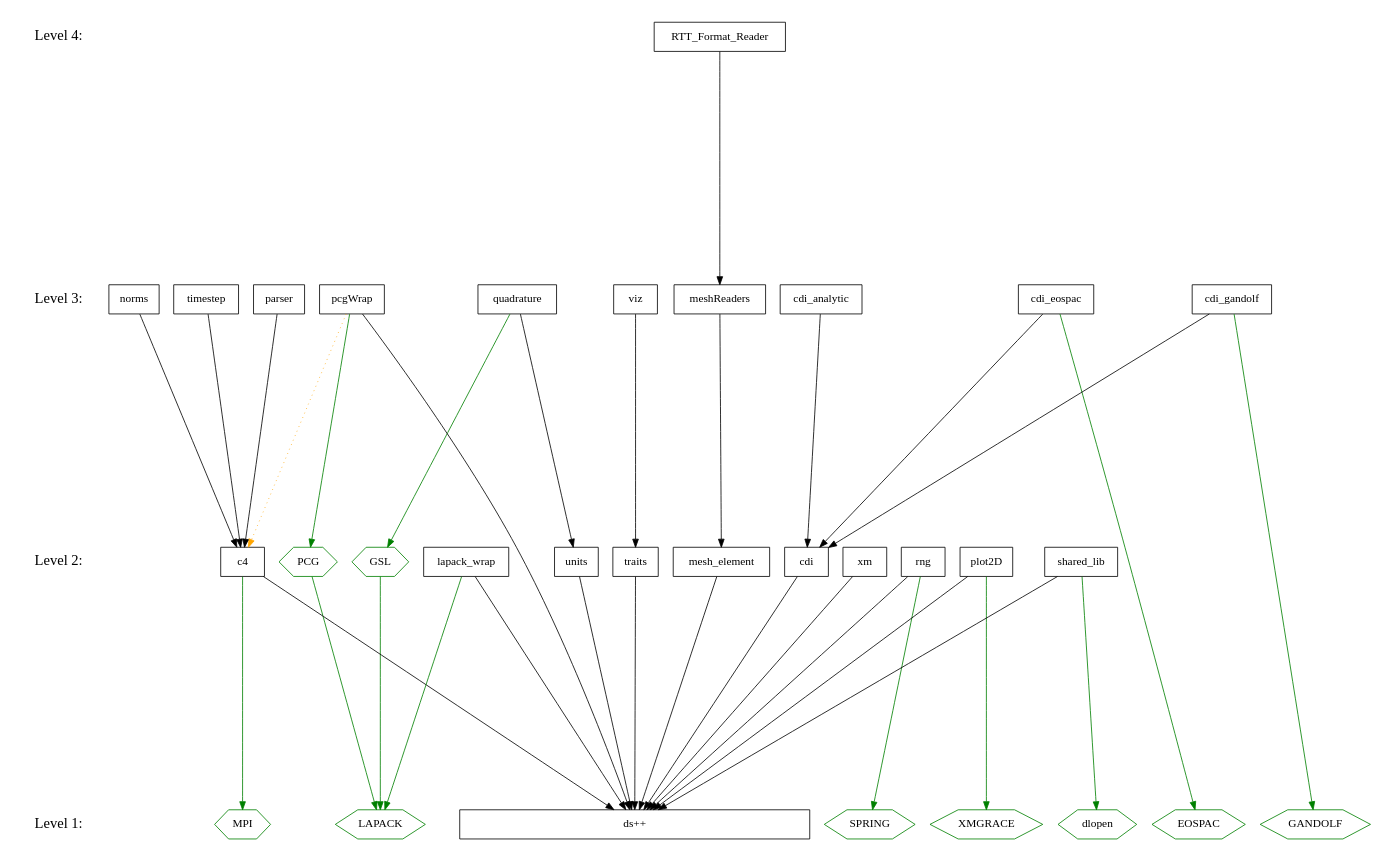
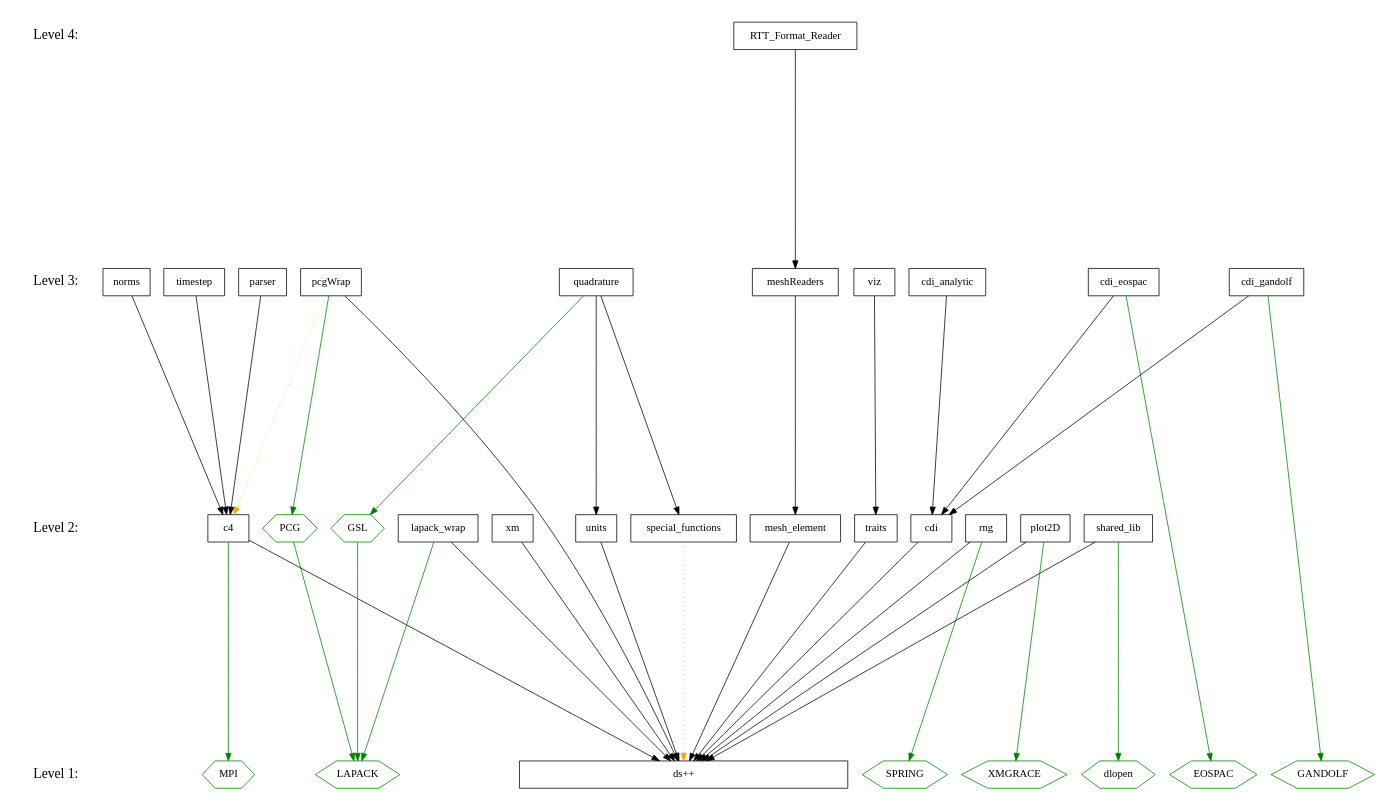
The diagram in doc/design/level.dot (losalamos/Draco), drawn with Graphviz before and after one commit. The commit also changed 21 other files, not shown here.

Commit message:
o Extracting a couple of general math functions from the quadrature   package and putting them into the new Draco package   "special_functions."

```diff
--- a/doc/design/level.dot
+++ b/doc/design/level.dot
@@ -1,119 +1,121 @@
 digraph draco_level {
     /* graph attributes */
     center=1;
     size="7.5,10";
     ranksep=4;
     
     /* levels */
     level1 [shape=plaintext, label="Level 1:", fontsize=18];
     level2 [shape=plaintext, label="Level 2:", fontsize=18];
     level3 [shape=plaintext, label="Level 3:", fontsize=18];
     level4 [shape=plaintext, label="Level 4:", fontsize=18];
 /*     level5 [shape=plaintext, label="Level 5:", fontsize=18]; */
 /*    level6 [shape=plaintext, label="Level 6:", fontsize=18]; */
     
     /* level6 -> level5 -> */
     level4 -> level3 -> level2 -> level1 [style=invis];
     
     /* packages */
 
     /* level 1 */
 /*    stdheaders [shape=box,     color=brown, label="stdheaders\n(Only when
       C++ compiler does not\nfully support C++ standard header files.)"]; */
     vmpi       [shape=hexagon, color=green, label="MPI"];
     vlapack    [shape=hexagon, color=green, label="LAPACK"];
     vgandolf   [shape=hexagon, color=green, label="GANDOLF"];
     veospac    [shape=hexagon, color=green, label="EOSPAC"];
     vgrace     [shape=hexagon, color=green, label="XMGRACE"];
     vspring    [shape=hexagon, color=green, label="SPRING"];
     vdlopen    [shape=hexagon, color=green, label="dlopen"];
         
     dsxx [shape=box, label="ds++", width=6];
     
     /* level 2 */
     vgsl       [shape=hexagon, color=green, label="GSL"];
     vpcg       [shape=hexagon, color=green, label="PCG"];
 
     traits [shape=box, label="traits"];
     xm     [shape=box, label="xm"];
     c4     [shape=box, label="c4"];
     rng    [shape=box, label="rng"];
     units  [shape=box, label="units"];
     cdi    [shape=box, label="cdi"];
     meshelement [shape=box, label="mesh_element"];
     plot   [shape=box, label="plot2D"];
     lapack [shape=box, label="lapack_wrap"];
     shlib  [shape=box, label="shared_lib"];
-    
+    sf     [shape=box, label="special_functions"];
+        
     /* level 3 */
     quad   [shape=box, label="quadrature"];
     viz      [shape=box, label="viz"];
     timestep [shape=box, label="timestep"];
     cdianal  [shape=box, label="cdi_analytic"];
     cdieos   [shape=box, label="cdi_eospac"];
     cdigan   [shape=box, label="cdi_gandolf"];
     pcg      [shape=box, label="pcgWrap"];
     meshread [shape=box, label="meshReaders"];
     parser   [shape=box, label="parser"];
     norms    [shape=box, label="norms"];
     
     /* level 4 */
     rttread     [shape=box, label="RTT_Format_Reader"];
     
     /* level 6 */
 /*    meshservice [shape=box, label="meshReaders_Services"]; */
     
     /* dependencies */
     {rank=same; level1 dsxx vlapack vmpi veospac  vgandolf vgrace vspring vdlopen };
-    {rank=same; level2 shlib plot lapack traits xm c4 rng units cdi meshelement vgsl vpcg};
+    {rank=same; level2 shlib plot lapack traits xm c4 rng units cdi meshelement vgsl vpcg sf};
     {rank=same; level3 viz timestep cdianal cdieos cdigan pcg meshread quad parser};
     {rank=same; level4 rttread};
 /*    {rank=same; level6 meshservice}; */
     
     /* draco packages */
 
     /* NOTE:  hidden dependencies are in comments at the end of each line.
      * For example if a package depends on c4 it implicitly depends on dsxx
      * as well.  The dependency on dsxx is not shown explicitly on the
      * graph. 
     
     /* level 2 */
     xm          -> {dsxx};
     units       -> {dsxx};
     traits      -> {dsxx};
     c4          -> {dsxx};
     c4          -> {vmpi}         [color="green"];
+    sf          -> {dsxx}         [color="orange" style=dotted];
     rng         -> {dsxx};
     rng         -> {vspring}      [color="green"];
     cdi         -> {dsxx};
     meshelement -> {dsxx};
     plot        -> {dsxx};
     plot        -> {vgrace}       [color="green"];
     lapack      -> {dsxx};
     lapack      -> {vlapack}      [color="green"];
     shlib       -> {dsxx};
     shlib       -> {vdlopen}      [color="green"];
     vgsl        -> {vlapack}      [color="green"];
     vpcg        -> {vlapack}      [color="green"];
     
     /* level 3 */
-    quad        -> {units};
+    quad        -> {units sf};
     quad        -> {vgsl}         [color="green"];
     viz         -> {traits};      /* traits: dsxx */
     timestep    -> {c4};          /* c4      : dsxx */
     pcg         -> {dsxx};
     pcg         -> {vpcg} [color="green"];
     pcg         -> {c4}           [color="orange" style=dotted];
     cdianal     -> {cdi};         /* cdi     : dsxx */
     cdieos      -> {cdi};         /* cdi     : dsxx */
     cdieos      -> {veospac}      [color="green"]; 
     cdigan      -> {cdi};         /* cdi     : dsxx */
     cdigan      -> {vgandolf}     [color="green"];
     meshread    -> {meshelement};
     parser      -> {c4}; /* dsxx */
     norms       -> {c4}; /* dsxx */
 
     /* level 4 */
     rttread     -> {meshread};           /* meshread: dsxx */
 
 }
```
